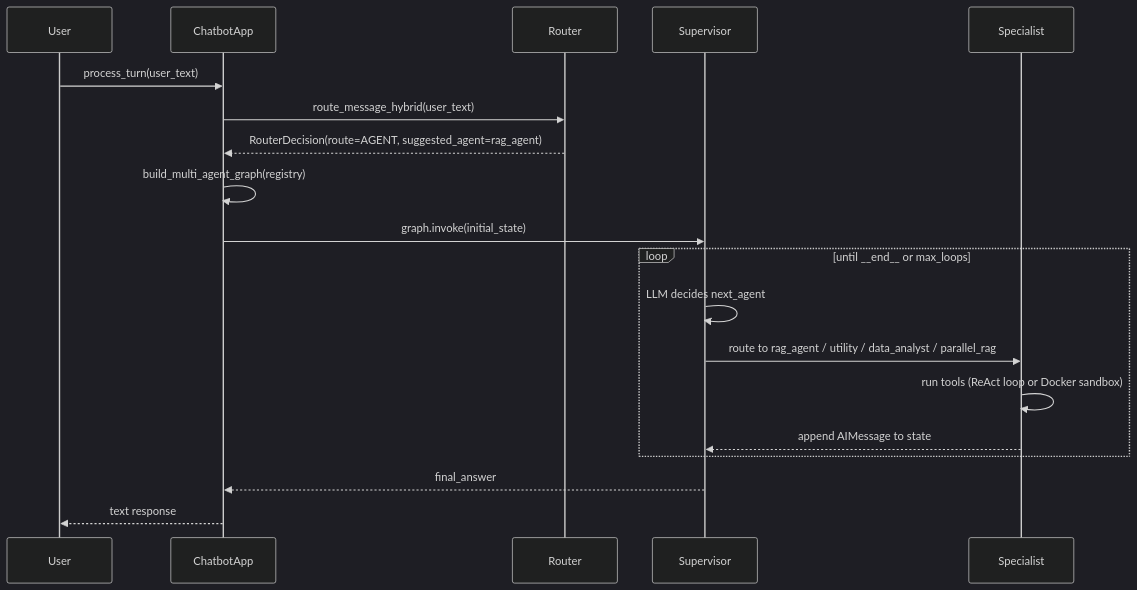
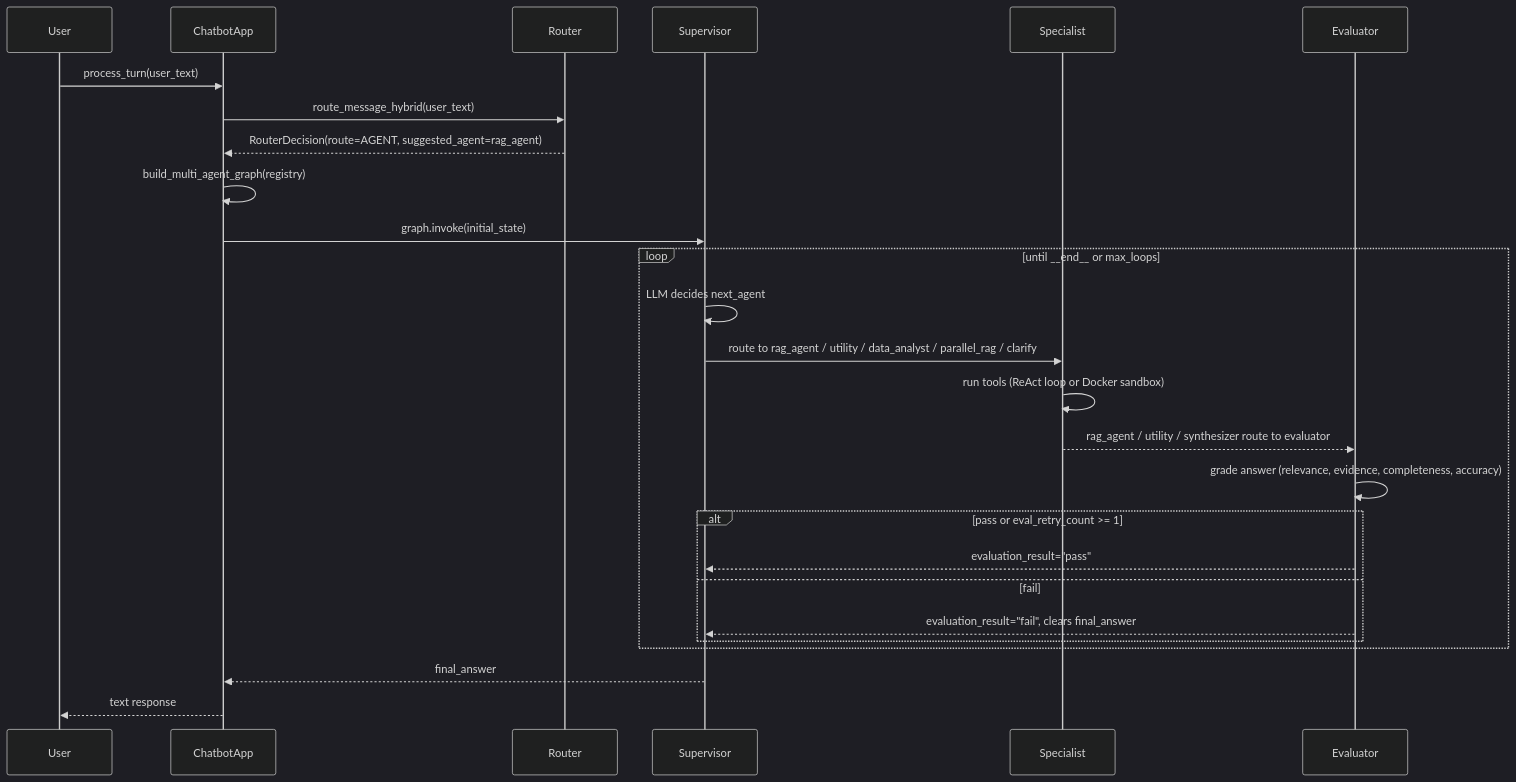
Before and after one commit to browntitan/rag_agent: the diagram in docs/AGENT_DEEP_DIVE.md, drawn with Mermaid (dark theme). The commit also changed other lines of this file and 33 other files, not shown here.

First line of the commit message:
feat: Generator-Evaluator, Contextual Retrieval, GraphRAG, enriched delegation + full docs update

````diff
--- a/docs/AGENT_DEEP_DIVE.md
+++ b/docs/AGENT_DEEP_DIVE.md
@@ -874,25 +901,31 @@
 ```mermaid
 sequenceDiagram
     participant User
     participant ChatbotApp
     participant Router
     participant Supervisor
     participant Specialist
 
     User->>ChatbotApp: process_turn(user_text)
     ChatbotApp->>Router: route_message_hybrid(user_text)
     Router-->>ChatbotApp: RouterDecision(route=AGENT, suggested_agent=rag_agent)
 
     ChatbotApp->>ChatbotApp: build_multi_agent_graph(registry)
     ChatbotApp->>Supervisor: graph.invoke(initial_state)
 
     loop until __end__ or max_loops
         Supervisor->>Supervisor: LLM decides next_agent
-        Supervisor->>Specialist: route to rag_agent / utility / data_analyst / parallel_rag
+        Supervisor->>Specialist: route to rag_agent / utility / data_analyst / parallel_rag / clarify
         Specialist->>Specialist: run tools (ReAct loop or Docker sandbox)
-        Specialist-->>Supervisor: append AIMessage to state
+        Specialist-->>Evaluator: rag_agent / utility / synthesizer route to evaluator
+        Evaluator->>Evaluator: grade answer (relevance, evidence, completeness, accuracy)
+        alt pass or eval_retry_count >= 1
+            Evaluator-->>Supervisor: evaluation_result="pass"
+        else fail
+            Evaluator-->>Supervisor: evaluation_result="fail", clears final_answer
+        end
     end
 
     Supervisor-->>ChatbotApp: final_answer
     ChatbotApp-->>User: text response
 ```
````
